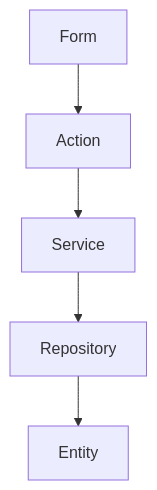
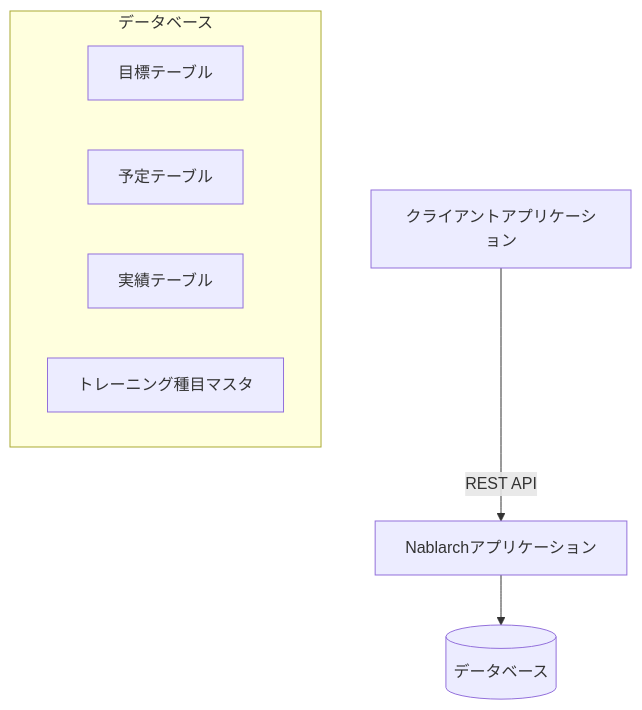
One commit to tis-abe-akira/nablarch-study changed the diagram in TrainingManagementGuide.md. Above: the diagram before and after it, drawn with Mermaid. The commit also changed other lines of this file and 2 other files, not shown here.

````diff
--- a/TrainingManagementGuide.md
+++ b/TrainingManagementGuide.md
@@ -24,7 +59,12 @@
 ```mermaid
 graph TD
-    A[Action] --> B[Service]
-    B --> C[Repository]
-    C --> D[Entity]
-    E[Form] --> A
+    Client[クライアントアプリケーション] -->|REST API| Server[Nablarchアプリケーション]
+    Server --> DB[(データベース)]
+    
+    subgraph データベース
+        Goals[目標テーブル]
+        Schedule[予定テーブル]
+        Results[実績テーブル]
+        Exercises[トレーニング種目マスタ]
+    end
 ```
````
